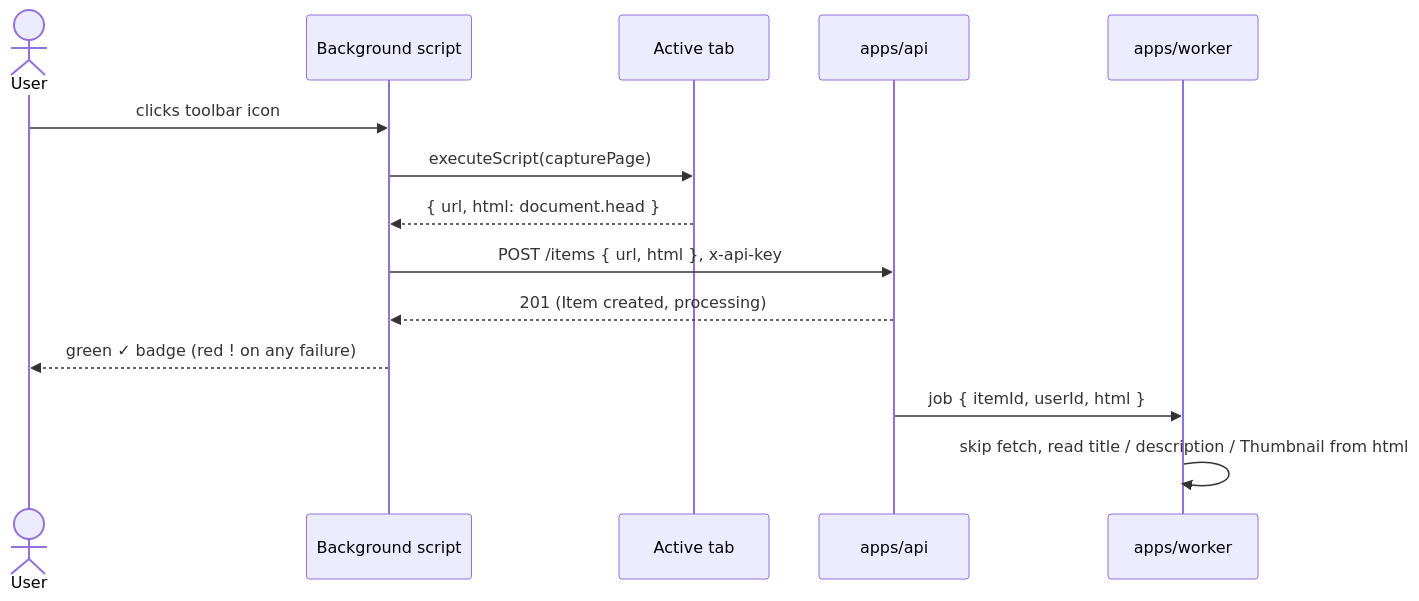
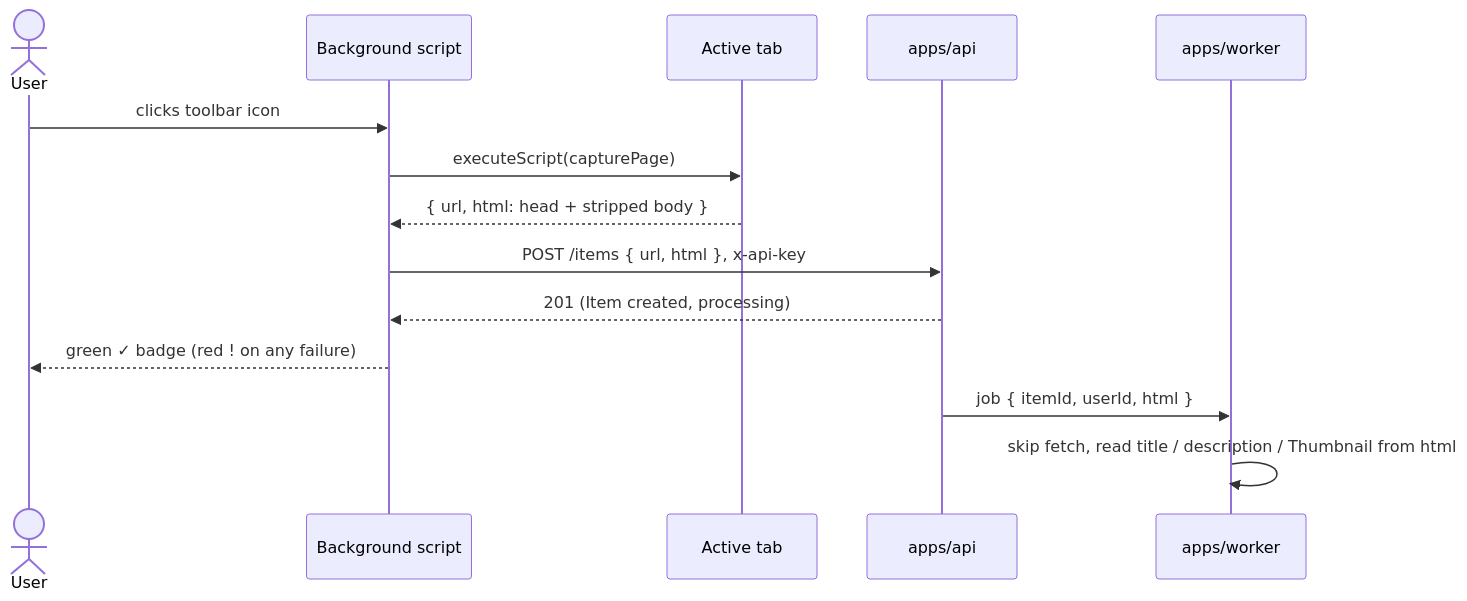
The diagram in docs/extension.md (souravdotdev/Resonory), drawn with Mermaid before and after one commit. The commit also changed other lines of this file and 7 other files, not shown here.

````diff
--- a/docs/extension.md
+++ b/docs/extension.md
@@ -7,16 +7,16 @@
 ```mermaid
 sequenceDiagram
     actor User
     participant BG as Background script
     participant Tab as Active tab
     participant API as apps/api
     participant W as apps/worker
     User->>BG: clicks toolbar icon
     BG->>Tab: executeScript(capturePage)
-    Tab-->>BG: { url, html: document.head }
+    Tab-->>BG: { url, html: head + stripped body }
     BG->>API: POST /items { url, html }, x-api-key
     API-->>BG: 201 (Item created, processing)
     BG-->>User: green ✓ badge (red ! on any failure)
     API->>W: job { itemId, userId, html }
     W->>W: skip fetch, read title / description / Thumbnail from html
 ```
````
